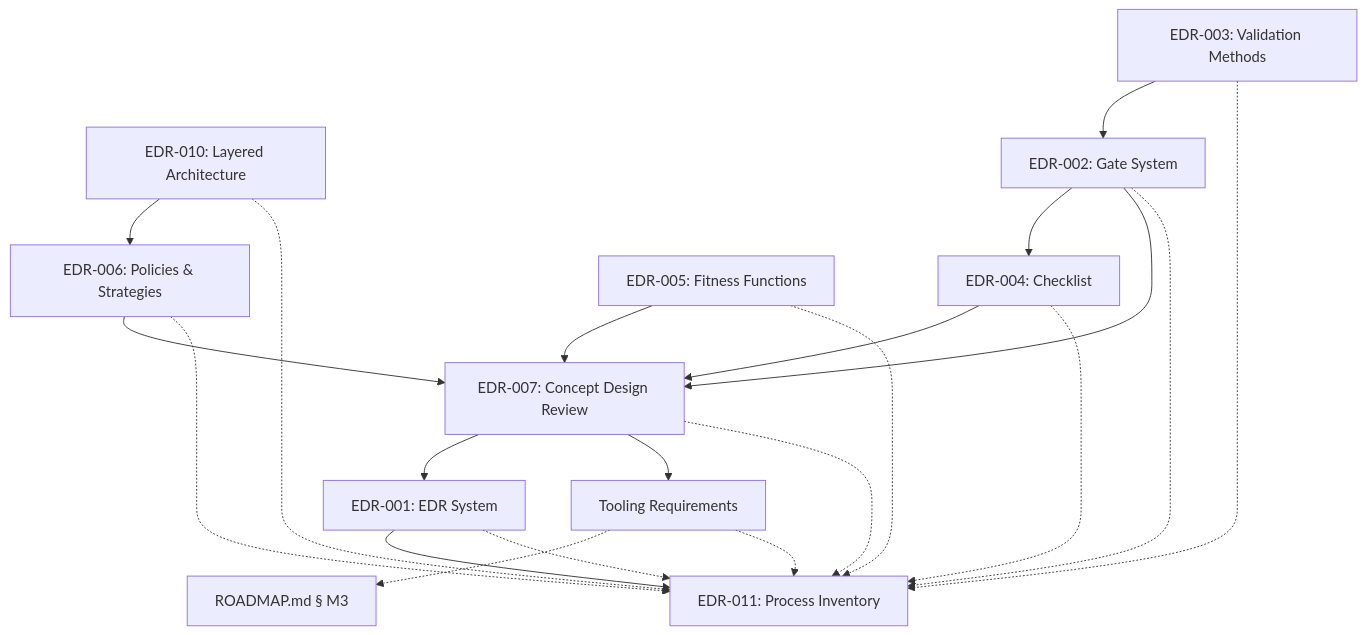
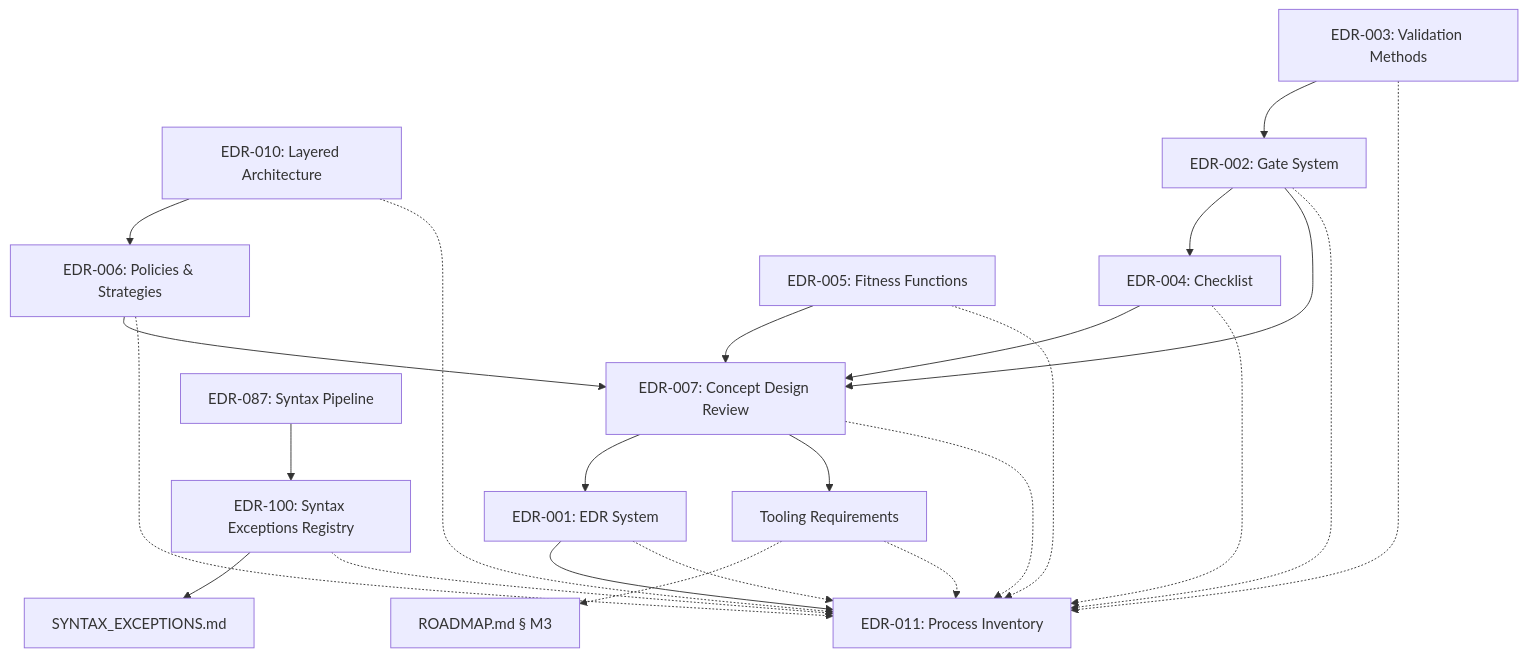
The diagram in how/PROCESS_INVENTORY.md (orthon-lang/docs), drawn with Mermaid before and after one commit. The commit also changed other lines of this file and 2 other files, not shown here.

Commit message:
docs: require syntax exception registry checks

````diff
--- a/how/PROCESS_INVENTORY.md
+++ b/how/PROCESS_INVENTORY.md
@@ -45,23 +46,26 @@
 ```mermaid
 flowchart TD
     EDR-010["EDR-010: Layered Architecture"] --> EDR-006["EDR-006: Policies & Strategies"]
     EDR-003["EDR-003: Validation Methods"] --> EDR-002["EDR-002: Gate System"]
     EDR-002 --> EDR-004["EDR-004: Checklist"]
     EDR-002 --> EDR-007["EDR-007: Concept Design Review"]
     EDR-004 --> EDR-007
     EDR-005["EDR-005: Fitness Functions"] --> EDR-007
     EDR-006 --> EDR-007
     EDR-007 --> EDR-001["EDR-001: EDR System"]
+    EDR-087["EDR-087: Syntax Pipeline"] --> EDR-100["EDR-100: Syntax Exceptions Registry"]
+    EDR-100 --> SER["SYNTAX_EXCEPTIONS.md"]
     EDR-007 --> TLR["Tooling Requirements"]
     TLR -.-> ROADMAP["ROADMAP.md § M3"]
     EDR-001 --> EDR-011["EDR-011: Process Inventory"]
     EDR-001 -.-> EDR-011
     EDR-002 -.-> EDR-011
     EDR-003 -.-> EDR-011
     EDR-004 -.-> EDR-011
     EDR-005 -.-> EDR-011
     EDR-006 -.-> EDR-011
     EDR-007 -.-> EDR-011
     EDR-010 -.-> EDR-011
+    EDR-100 -.-> EDR-011
     TLR -.-> EDR-011
 ```
````
